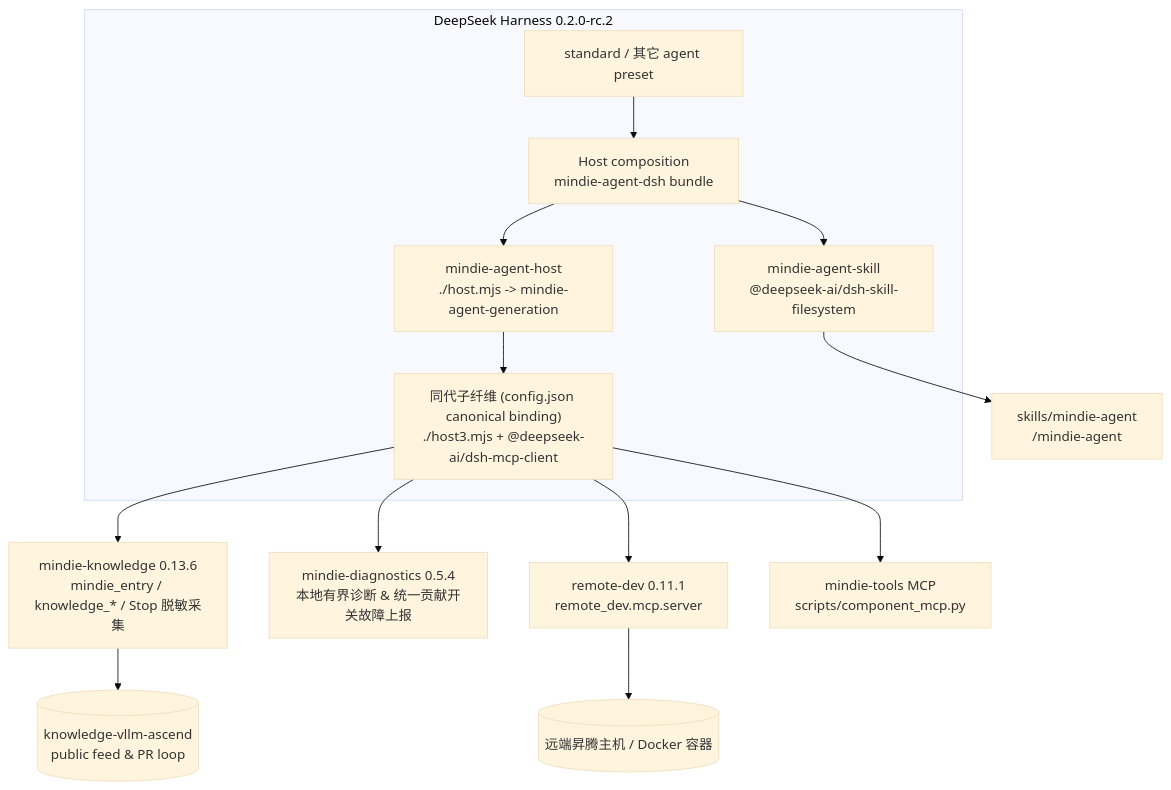
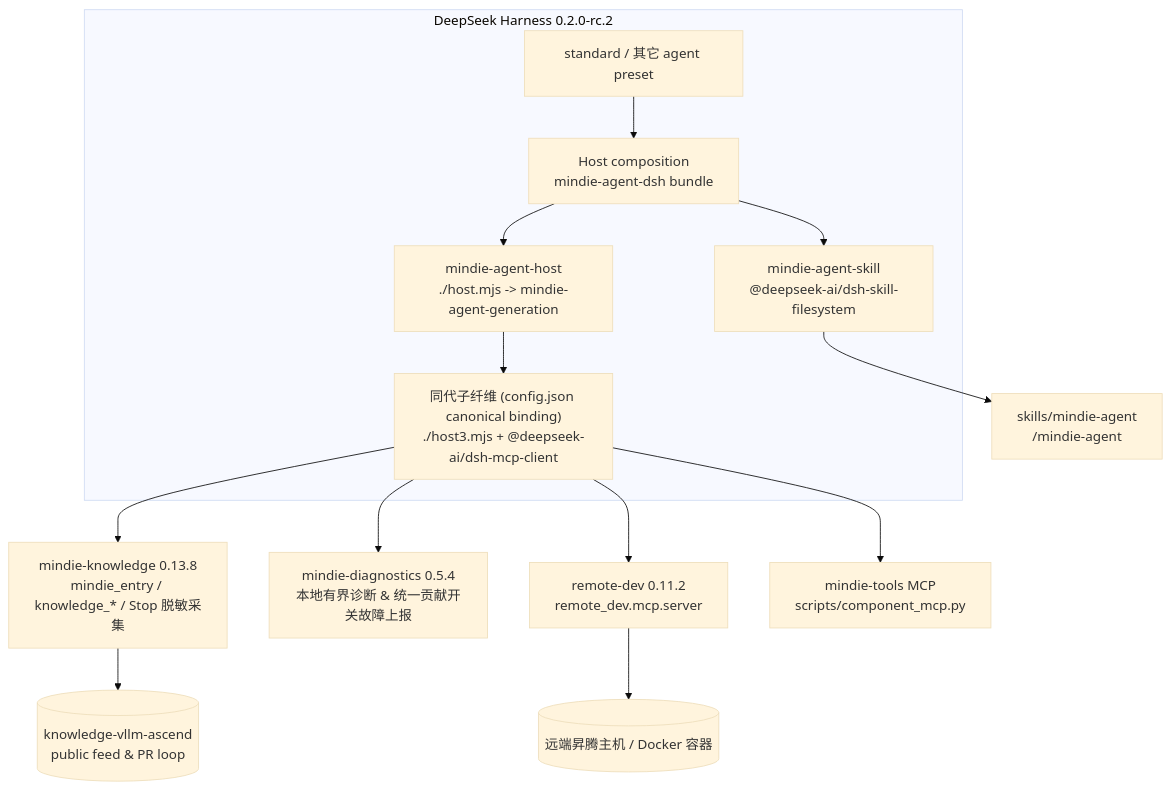
Before and after one commit to mindie-agent/mindie-agent-dsh: the diagram in README.md, drawn with Mermaid (base theme). The commit also changed other lines of this file and 10 other files, not shown here.

````diff
--- a/README.md
+++ b/README.md
@@ -133,21 +133,21 @@
 ```mermaid
 flowchart TB
   subgraph DSH["DeepSeek Harness 0.2.0-rc.2"]
     HOST["Host composition<br/>mindie-agent-dsh bundle"]
     STD["standard / 其它 agent preset"]
     SKILL["mindie-agent-skill<br/>@deepseek-ai/dsh-skill-filesystem"]
     HPLUG["mindie-agent-host<br/>./host.mjs -> mindie-agent-generation"]
     GEN["同代子纤维 (config.json canonical binding)<br/>./host3.mjs + @deepseek-ai/dsh-mcp-client"]
     STD --> HOST
     HOST --> SKILL
     HOST --> HPLUG
     HPLUG --> GEN
   end
   SKILL --> SK["skills/mindie-agent<br/>/mindie-agent"]
-  GEN --> KS["mindie-knowledge 0.13.6<br/>mindie_entry / knowledge_* / Stop 脱敏采集"]
+  GEN --> KS["mindie-knowledge 0.13.8<br/>mindie_entry / knowledge_* / Stop 脱敏采集"]
   GEN --> DIAG["mindie-diagnostics 0.5.4<br/>本地有界诊断 & 统一贡献开关故障上报"]
   KS --> FEED[("knowledge-vllm-ascend<br/>public feed & PR loop")]
-  GEN --> RD["remote-dev 0.11.1<br/>remote_dev.mcp.server"]
+  GEN --> RD["remote-dev 0.11.2<br/>remote_dev.mcp.server"]
   GEN --> MT["mindie-tools MCP<br/>scripts/component_mcp.py"]
   RD --> NPU[("远端昇腾主机 / Docker 容器")]
 ```
````
